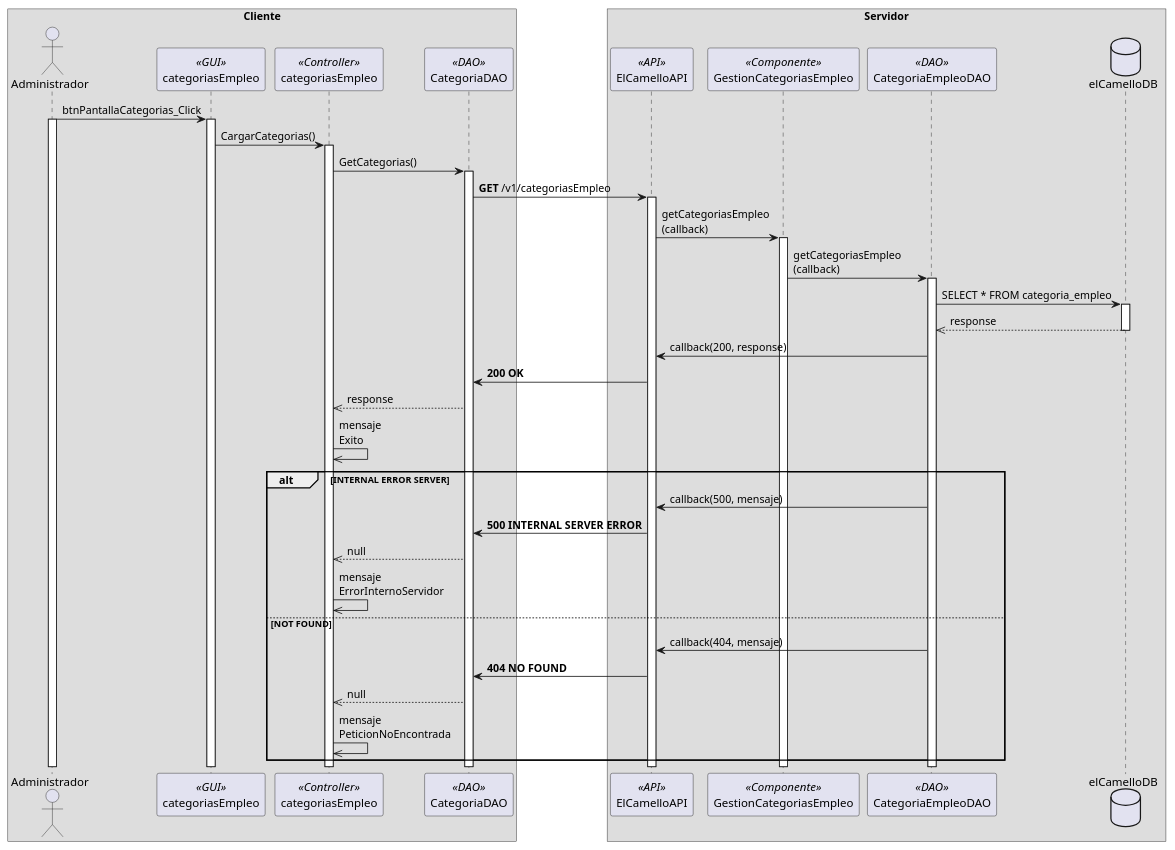
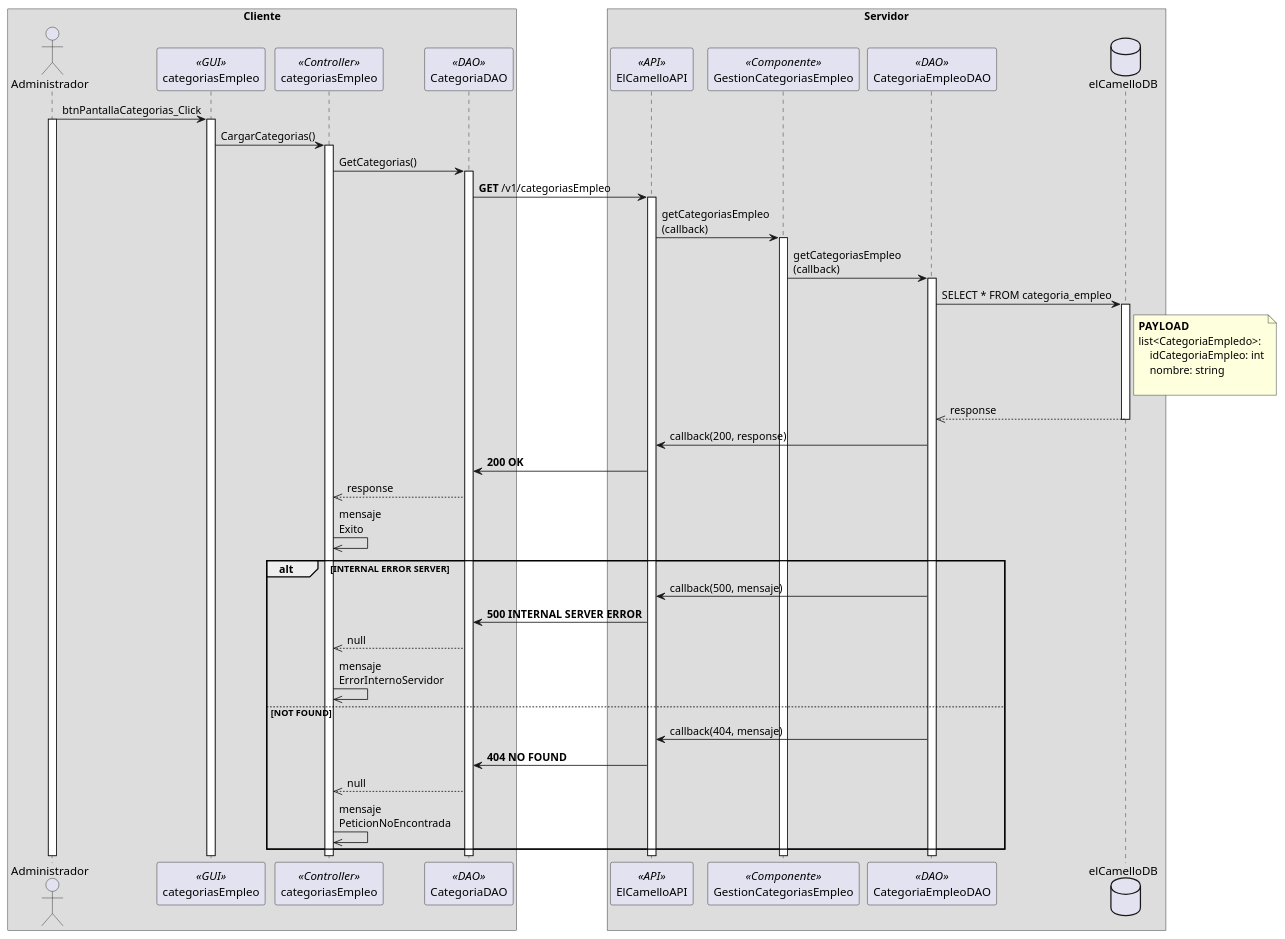
Before and after one commit to VictorArrys/API_WORK_PLATAFORM_ARRYS: the diagram in diagramas/secuencia/GestionCategorias/ConsultarCategorias.puml, drawn with PlantUML. The commit also changed 11 other files, not shown here.

Commit message:
Diagramas de secuencia con notas

```diff
--- a/diagramas/secuencia/GestionCategorias/ConsultarCategorias.puml
+++ b/diagramas/secuencia/GestionCategorias/ConsultarCategorias.puml
@@ -1,73 +1,82 @@
 @startuml
 
 box Cliente
     actor Administrador as a
     participant categoriasEmpleo as b <<GUI>> 
     participant categoriasEmpleo as c <<Controller>>
     participant CategoriaDAO as d <<DAO>>
 
 end box
 
 box Servidor
     participant ElCamelloAPI as e <<API>>
     participant GestionCategoriasEmpleo as f <<Componente>>
     participant CategoriaEmpleoDAO as g <<DAO>>
     database elCamelloDB as db
 end box
 
 a -> b: btnPantallaCategorias_Click
 activate a
 activate b
 
 b -> c: CargarCategorias()
 activate c
 
 c -> d: GetCategorias() 
 activate d
 
+
 d -> e: **GET** /v1/categoriasEmpleo
 activate e
 
 e -> f: getCategoriasEmpleo\n(callback)
 activate f
 
 f -> g: getCategoriasEmpleo\n(callback)
 activate g
 
 g -> db: SELECT * FROM categoria_empleo
 activate db
+
+note right of db
+**PAYLOAD**
+list<CategoriaEmpledo>:
+    idCategoriaEmpleo: int
+    nombre: string
+
+end note
 
 db -->> g: response
 deactivate db
 
 g -> e: callback(200, response)
 
 e -> d: **200 OK**
 
 d -->> c: response
 
 c ->> c: mensaje\nExito
 
 alt INTERNAL ERROR SERVER
 
     g -> e: callback(500, mensaje)
 
     e -> d: **500 INTERNAL SERVER ERROR**
 
     d -->> c: null
 
     c ->> c: mensaje\nErrorInternoServidor
 
 else NOT FOUND
 
     g -> e: callback(404, mensaje)
 
     e -> d: **404 NO FOUND**
 
     d -->> c: null
 
     c ->> c: mensaje\nPeticionNoEncontrada
 
 end
 
 @enduml
```
